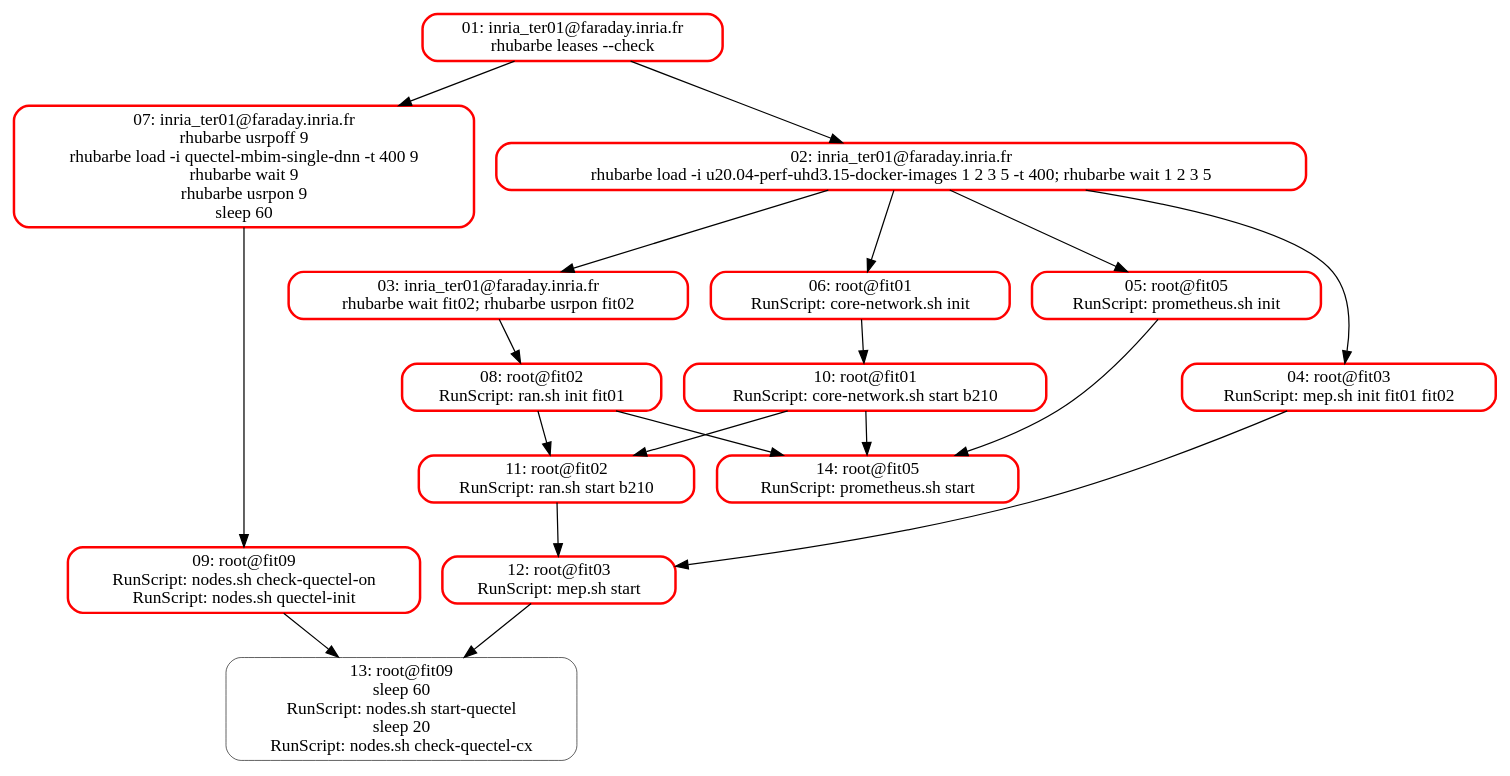
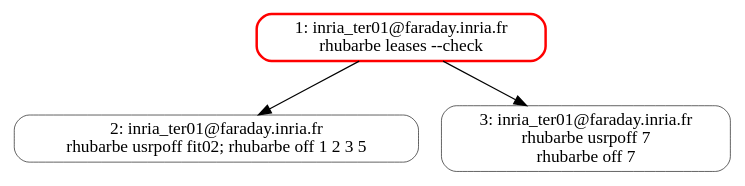
The diagram in demo-mep-graph.dot (yassir63/oai5g-mep), drawn with Graphviz before and after one commit. The commit also changed 4 other files, not shown here.

```diff
--- a/demo-mep-graph.dot
+++ b/demo-mep-graph.dot
@@ -1,58 +1,13 @@
 digraph asynciojobs{
 compound=true;
 graph [];
-01 [style="rounded",label="01: inria_ter01@faraday.inria.fr
+1 [style="rounded",label="1: inria_ter01@faraday.inria.fr
 rhubarbe leases --check",shape="box",color="red",penwidth="2"]
-02 [style="rounded",label="02: inria_ter01@faraday.inria.fr
-rhubarbe load -i u20.04-perf-uhd3.15-docker-images 1 2 3 5 -t 400; rhubarbe wait 1 2 3 5",shape="box",color="red",penwidth="2"]
-01 -> 02;
-03 [style="rounded",label="03: inria_ter01@faraday.inria.fr
-rhubarbe wait fit02; rhubarbe usrpon fit02",shape="box",color="red",penwidth="2"]
-02 -> 03;
-04 [style="rounded",label="04: root@fit03
-RunScript: mep.sh init fit01 fit02",shape="box",color="red",penwidth="2"]
-02 -> 04;
-05 [style="rounded",label="05: root@fit05
-RunScript: prometheus.sh init",shape="box",color="red",penwidth="2"]
-02 -> 05;
-06 [style="rounded",label="06: root@fit01
-RunScript: core-network.sh init",shape="box",color="red",penwidth="2"]
-02 -> 06;
-07 [style="rounded",label="07: inria_ter01@faraday.inria.fr
-rhubarbe usrpoff 9
-rhubarbe load -i quectel-mbim-single-dnn -t 400 9
-rhubarbe wait 9
-rhubarbe usrpon 9
-sleep 60",shape="box",color="red",penwidth="2"]
-01 -> 07;
-08 [style="rounded",label="08: root@fit02
-RunScript: ran.sh init fit01",shape="box",color="red",penwidth="2"]
-03 -> 08;
-09 [style="rounded",label="09: root@fit09
-RunScript: nodes.sh check-quectel-on
-RunScript: nodes.sh quectel-init",shape="box",color="red",penwidth="2"]
-07 -> 09;
-10 [style="rounded",label="10: root@fit01
-RunScript: core-network.sh start b210",shape="box",color="red",penwidth="2"]
-06 -> 10;
-11 [style="rounded",label="11: root@fit02
-RunScript: ran.sh start b210",shape="box",color="red",penwidth="2"]
-08 -> 11;
-10 -> 11;
-12 [style="rounded",label="12: root@fit03
-RunScript: mep.sh start",shape="box",color="red",penwidth="2"]
-11 -> 12;
-04 -> 12;
-13 [style="rounded",label="13: root@fit09
-sleep 60
-RunScript: nodes.sh start-quectel
-sleep 20
-RunScript: nodes.sh check-quectel-cx",shape="box",penwidth="0.5"]
-09 -> 13;
-12 -> 13;
-14 [style="rounded",label="14: root@fit05
-RunScript: prometheus.sh start",shape="box",color="red",penwidth="2"]
-08 -> 14;
-10 -> 14;
-05 -> 14;
+2 [style="rounded",label="2: inria_ter01@faraday.inria.fr
+rhubarbe usrpoff fit02; rhubarbe off 1 2 3 5",shape="box",penwidth="0.5"]
+1 -> 2;
+3 [style="rounded",label="3: inria_ter01@faraday.inria.fr
+rhubarbe usrpoff 7
+rhubarbe off 7",shape="box",penwidth="0.5"]
+1 -> 3;
 }
```
